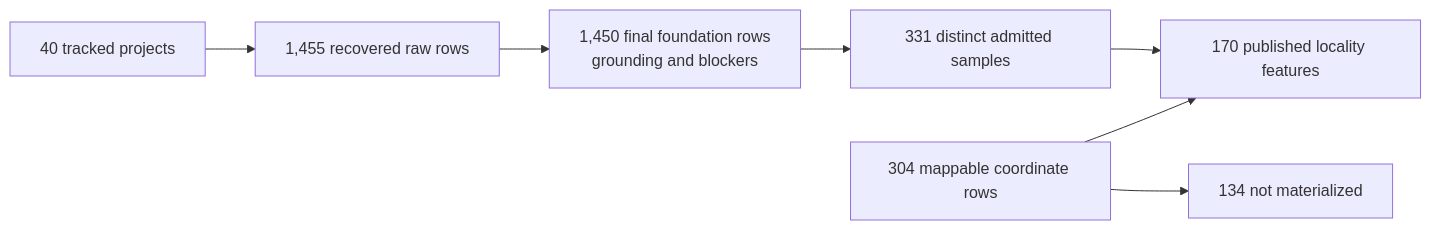
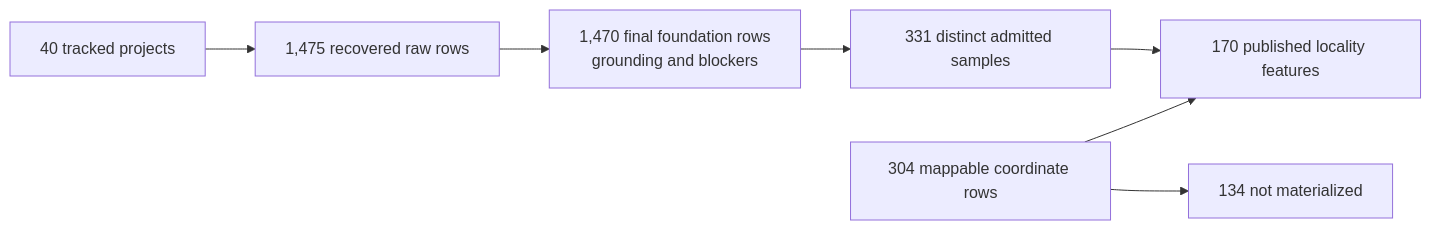
One commit to bijux/bijux-pollenomics changed the third of 8 diagrams in docs/public/pollenomics-data/evidence/index.md. Above: the diagram before and after it, drawn with Mermaid. The commit also changed other lines of this file and 15 other files, not shown here.

````diff
--- a/docs/public/pollenomics-data/evidence/index.md
+++ b/docs/public/pollenomics-data/evidence/index.md
@@ -132,9 +132,9 @@
 ```mermaid
 flowchart LR
-    Inventory["40 tracked projects"] --> Raw["1,455 recovered raw rows"]
-    Raw --> Foundation["1,450 final foundation rows<br/>grounding and blockers"]
+    Inventory["40 tracked projects"] --> Raw["1,475 recovered raw rows"]
+    Raw --> Foundation["1,470 final foundation rows<br/>grounding and blockers"]
     Foundation --> Samples["331 distinct admitted samples"]
     Samples --> Product["170 published locality features"]
     Mappable["304 mappable coordinate rows"] --> Product
     Mappable --> Excluded["134 not materialized"]
 ```
````
